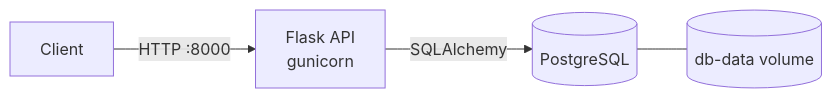
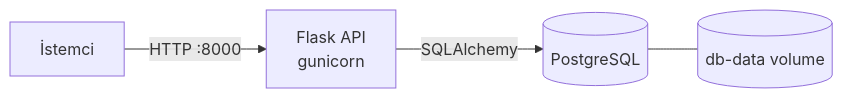
Before and after one commit to emrullahtasci/task-api: the first of 2 diagrams in README.md, drawn with Mermaid. The commit also changed other lines of this file, not shown here.

````diff
--- a/README.md
+++ b/README.md
@@ -12,6 +13,6 @@
 ```mermaid
 flowchart LR
-    Client -->|HTTP :8000| API[Flask API<br/>gunicorn]
+    Client[İstemci] -->|HTTP :8000| API[Flask API<br/>gunicorn]
     API -->|SQLAlchemy| DB[(PostgreSQL)]
     DB --- Vol[(db-data volume)]
 ```
````
